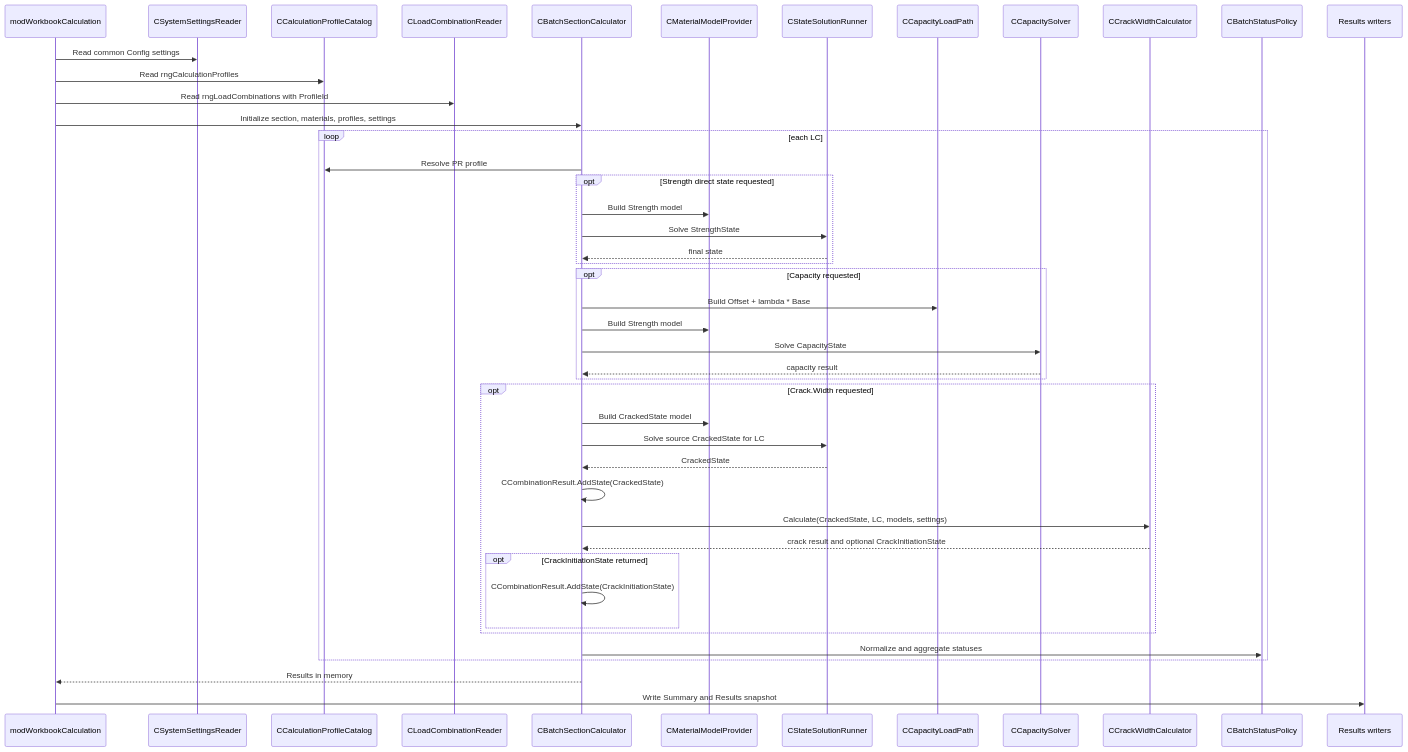
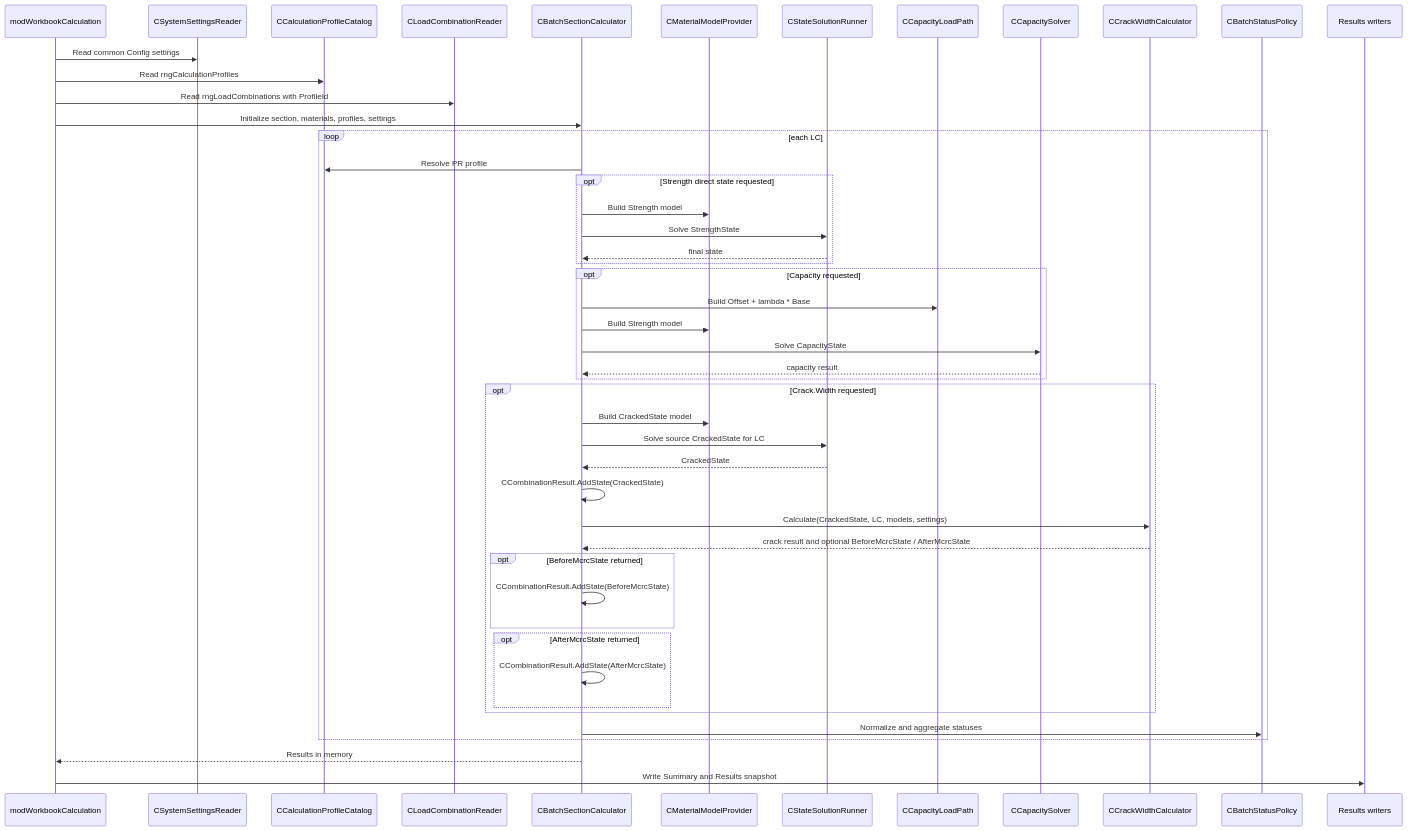
The second of 3 diagrams in docs/architecture/CalculationProfilesArchitecture.md (AhraAvidzba/RC_Section_NDM), drawn with Mermaid before and after one commit. The commit also changed other lines of this file and 72 other files, not shown here.

````diff
--- a/docs/architecture/CalculationProfilesArchitecture.md
+++ b/docs/architecture/CalculationProfilesArchitecture.md
@@ -653,48 +658,51 @@
 ```mermaid
 sequenceDiagram
     participant UI as modWorkbookCalculation
     participant Settings as CSystemSettingsReader
     participant Profiles as CCalculationProfileCatalog
     participant Loads as CLoadCombinationReader
     participant Batch as CBatchSectionCalculator
     participant Mat as CMaterialModelProvider
     participant State as CStateSolutionRunner
     participant Path as CCapacityLoadPath
     participant Cap as CCapacitySolver
     participant Crack as CCrackWidthCalculator
     participant Status as CBatchStatusPolicy
     participant Writers as Results writers
 
     UI->>Settings: Read common Config settings
     UI->>Profiles: Read rngCalculationProfiles
     UI->>Loads: Read rngLoadCombinations with ProfileId
     UI->>Batch: Initialize section, materials, profiles, settings
     loop each LC
         Batch->>Profiles: Resolve PR profile
         opt Strength direct state requested
             Batch->>Mat: Build Strength model
             Batch->>State: Solve StrengthState
             State-->>Batch: final state
         end
         opt Capacity requested
             Batch->>Path: Build Offset + lambda * Base
             Batch->>Mat: Build Strength model
             Batch->>Cap: Solve CapacityState
             Cap-->>Batch: capacity result
         end
         opt Crack.Width requested
             Batch->>Mat: Build CrackedState model
     Batch->>State: Solve source CrackedState for LC
     State-->>Batch: CrackedState
     Batch->>Batch: CCombinationResult.AddState(CrackedState)
     Batch->>Crack: Calculate(CrackedState, LC, models, settings)
-    Crack-->>Batch: crack result and optional CrackInitiationState
-    opt CrackInitiationState returned
-        Batch->>Batch: CCombinationResult.AddState(CrackInitiationState)
+    Crack-->>Batch: crack result and optional BeforeMcrcState / AfterMcrcState
+    opt BeforeMcrcState returned
+        Batch->>Batch: CCombinationResult.AddState(BeforeMcrcState)
+    end
+    opt AfterMcrcState returned
+        Batch->>Batch: CCombinationResult.AddState(AfterMcrcState)
     end
         end
         Batch->>Status: Normalize and aggregate statuses
     end
     Batch-->>UI: Results in memory
     UI->>Writers: Write Summary and Results snapshot
 ```
````
